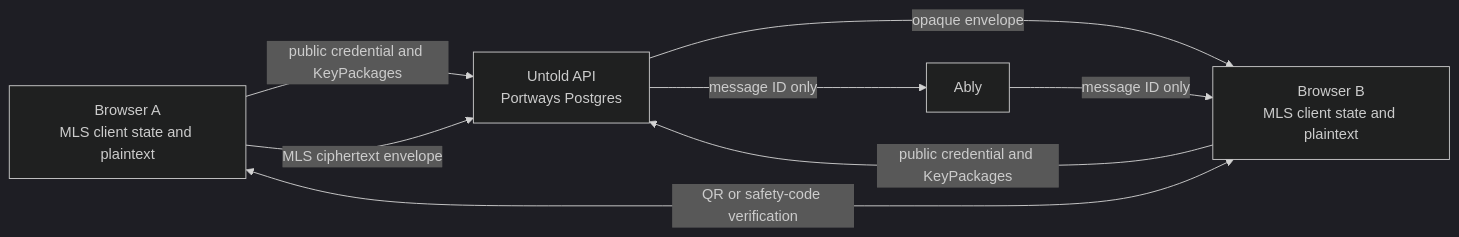
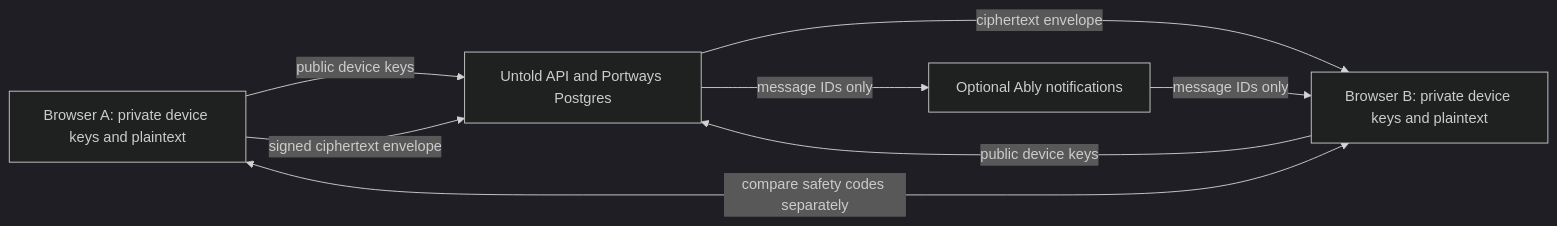
Before and after one commit to gauravxsuvo/Untold: the diagram in docs/phase-6-e2ee-architecture.md, drawn with Mermaid (dark theme). The commit also changed other lines of this file and 48 other files, not shown here.

Commit message:
Add browser-side E2EE, device management, and encrypted attachments

````diff
--- a/docs/phase-6-e2ee-architecture.md
+++ b/docs/phase-6-e2ee-architecture.md
@@ -48,10 +26,10 @@
 ```mermaid
 flowchart LR
-  A[Browser A<br/>MLS client state and plaintext] -->|public credential and KeyPackages| API[Untold API<br/>Portways Postgres]
-  B[Browser B<br/>MLS client state and plaintext] -->|public credential and KeyPackages| API
-  A -->|MLS ciphertext envelope| API
-  API -->|opaque envelope| B
-  API -->|message ID only| RT[Ably]
-  RT -->|message ID only| B
-  A <-->|QR or safety-code verification| B
+  A[Browser A: private device keys and plaintext] -->|public device keys| API[Untold API and Portways Postgres]
+  B[Browser B: private device keys and plaintext] -->|public device keys| API
+  A -->|signed ciphertext envelope| API
+  API -->|ciphertext envelope| B
+  API -->|message IDs only| RT[Optional Ably notifications]
+  RT -->|message IDs only| B
+  A <-->|compare safety codes separately| B
 ```
````
